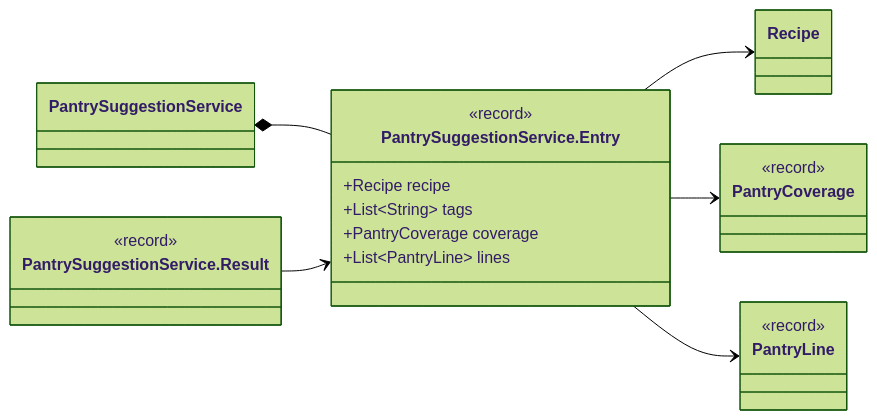
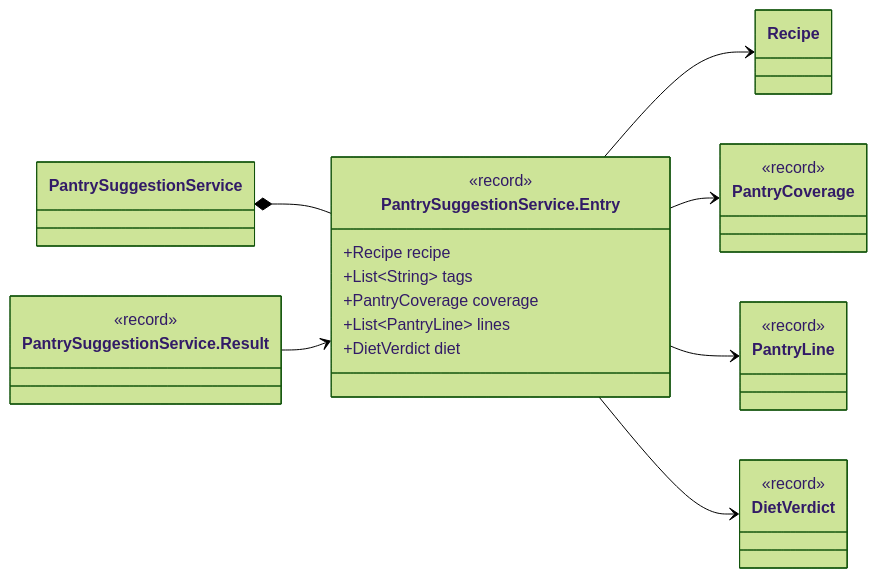
One commit to Nate-ryan-7690/dahaem changed the ninth of 13 diagrams in docs/classes/suggestions.md. Above: the diagram before and after it, drawn with Mermaid (forest theme). The commit also changed other lines of this file and 16 other files, not shown here.

Commit message:
Pantry suggestions: apply the household's diet rules, treat expired stock as not usable, cap the list at 200

````diff
--- a/docs/classes/suggestions.md
+++ b/docs/classes/suggestions.md
@@ -416,27 +432,32 @@
 ```mermaid
 classDiagram
     direction LR
     class suggestions_PantrySuggestionService_Entry["PantrySuggestionService.Entry"] {
         <<record>>
         +Recipe recipe
         +List~String~ tags
         +PantryCoverage coverage
         +List~PantryLine~ lines
+        +DietVerdict diet
     }
     class suggestions_PantrySuggestionService["PantrySuggestionService"]
     class mealplanner_Recipe["Recipe"]
     class suggestions_PantryCoverage["PantryCoverage"] {
         <<record>>
     }
     class suggestions_PantryLine["PantryLine"] {
         <<record>>
     }
+    class diet_DietVerdict["DietVerdict"] {
+        <<record>>
+    }
     class suggestions_PantrySuggestionService_Result["PantrySuggestionService.Result"] {
         <<record>>
     }
     suggestions_PantrySuggestionService_Entry --> mealplanner_Recipe
     suggestions_PantrySuggestionService_Entry --> suggestions_PantryCoverage
     suggestions_PantrySuggestionService_Entry --> suggestions_PantryLine
+    suggestions_PantrySuggestionService_Entry --> diet_DietVerdict
     suggestions_PantrySuggestionService *-- suggestions_PantrySuggestionService_Entry
     suggestions_PantrySuggestionService_Result --> suggestions_PantrySuggestionService_Entry
 ```
````
